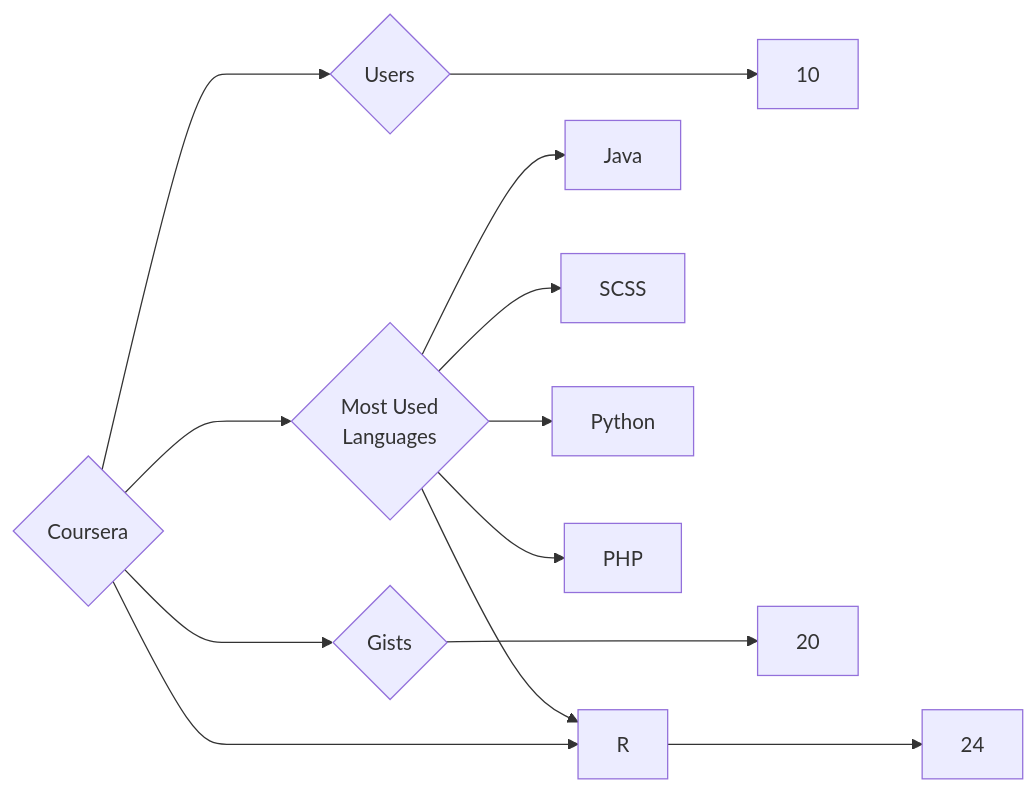
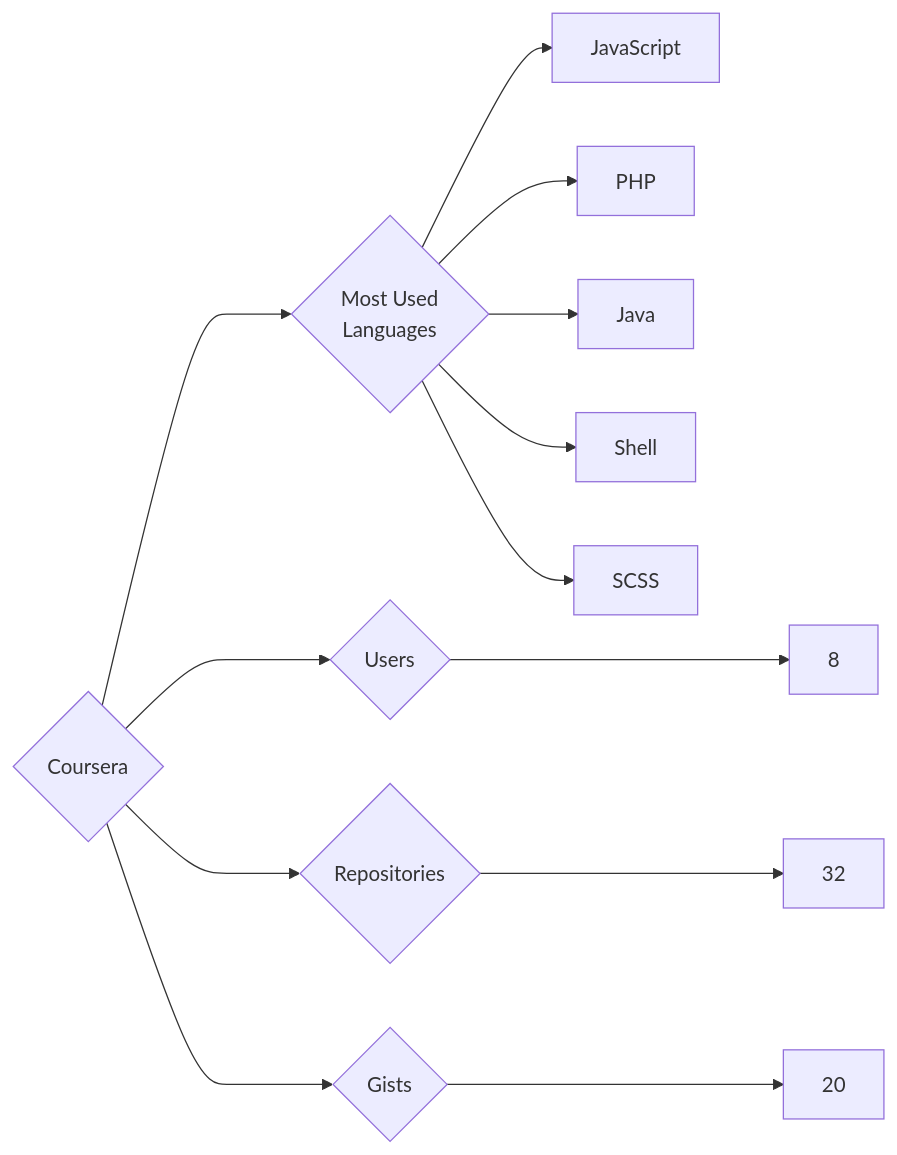
The diagram in targets/Coursera/README.md (trickest/insiders), drawn with Mermaid before and after one commit. The commit also changed 1055 other files, not shown here.

````diff
--- a/targets/Coursera/README.md
+++ b/targets/Coursera/README.md
@@ -3,13 +3,13 @@
 ```mermaid
 graph LR
 COMPANY_NAME{Coursera}
-COMPANY_NAME ---> U{Users} ---> UN[10]
-COMPANY_NAME ---> R{Repositories} ---> RN[24]
+COMPANY_NAME ---> U{Users} ---> UN[8]
+COMPANY_NAME ---> R{Repositories} ---> RN[32]
 COMPANY_NAME ---> G{Gists} ---> GN[20]
 COMPANY_NAME ---> ML{Most Used<br>Languages}
+ML --> JavaScript[JavaScript]
+ML --> PHP[PHP]
 ML --> Java[Java]
-ML --> R[R]
+ML --> Shell[Shell]
 ML --> SCSS[SCSS]
-ML --> Python[Python]
-ML --> PHP[PHP]
 ```
````
